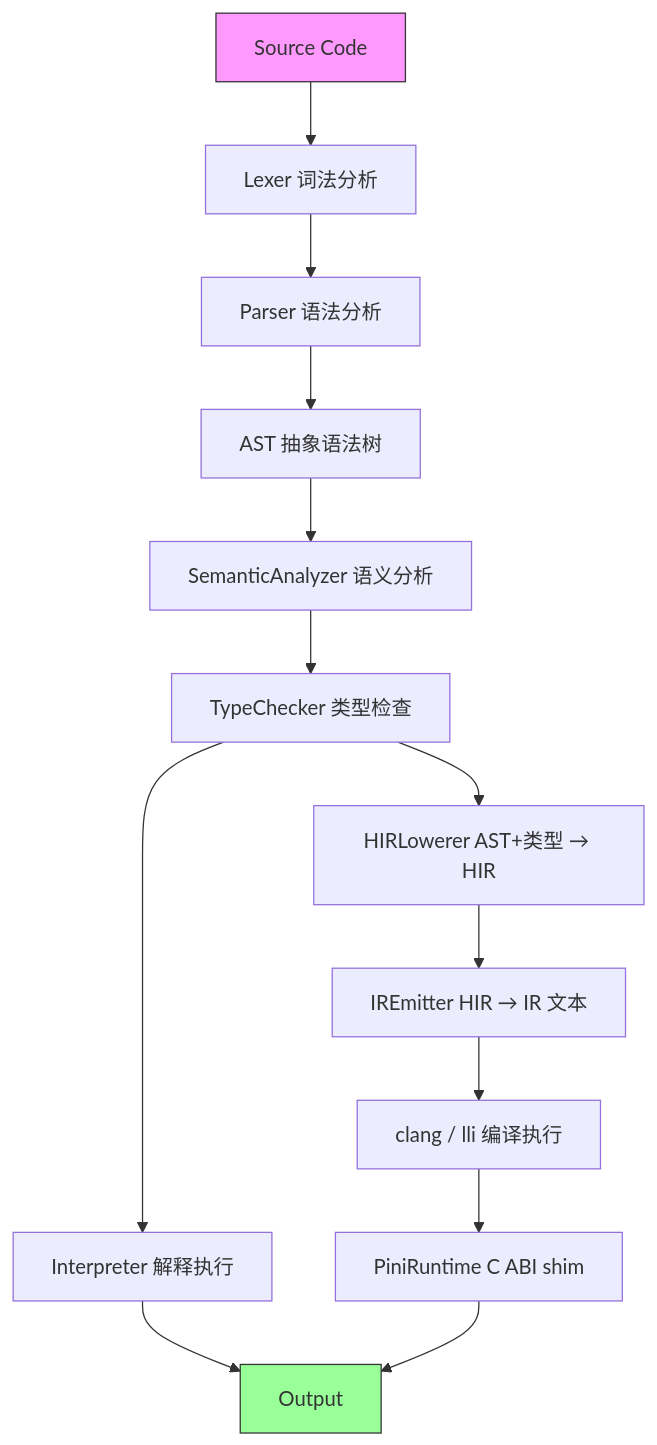
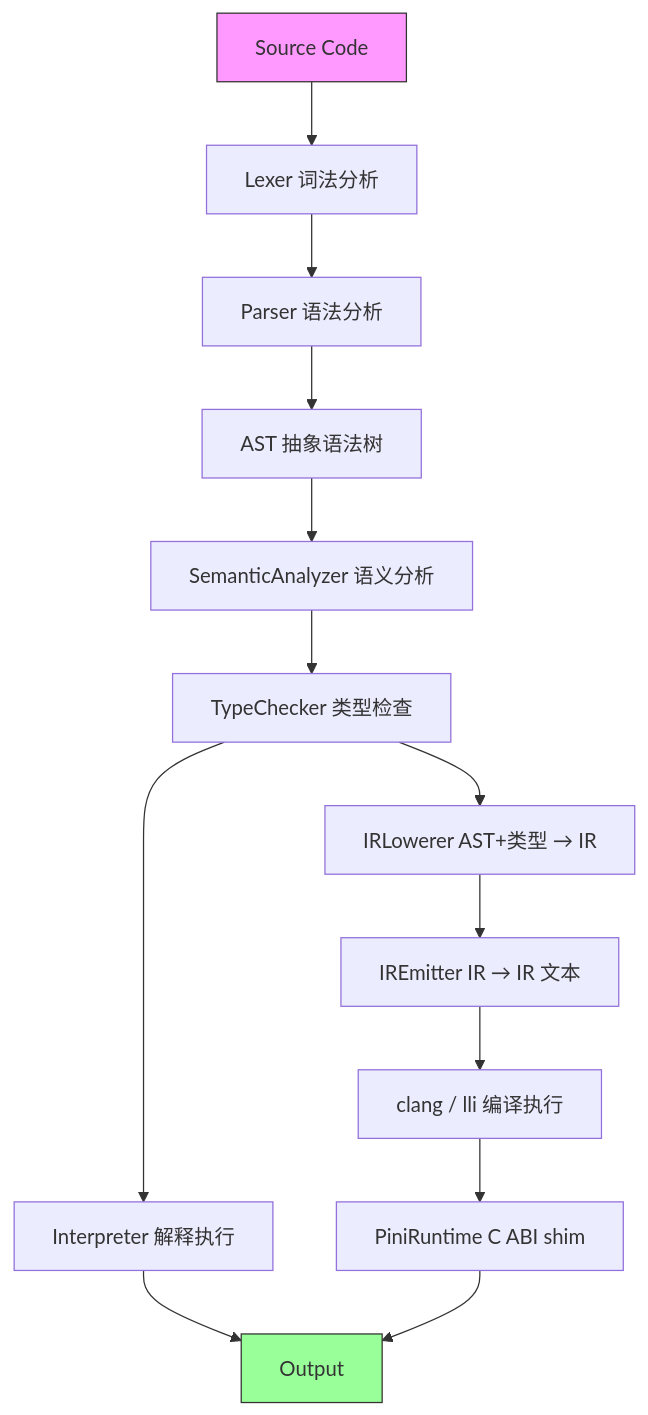
Before and after one commit to pini-lang/pini-swift: the diagram in README.md, drawn with Mermaid. The commit also changed other lines of this file and 61 other files, not shown here.

````diff
--- a/README.md
+++ b/README.md
@@ -249,19 +249,19 @@
 ```mermaid
 graph TD
     A[Source Code] --> B[Lexer 词法分析]
     B --> C[Parser 语法分析]
     C --> D[AST 抽象语法树]
     D --> E[SemanticAnalyzer 语义分析]
     E --> F[TypeChecker 类型检查]
     F --> G[Interpreter 解释执行]
     G --> H[Output]
 
-    F --> HIR[HIRLowerer AST+类型 → HIR]
-    HIR --> I[IREmitter HIR → IR 文本]
+    F --> IR[IRLowerer AST+类型 → IR]
+    IR --> I[IREmitter IR → IR 文本]
     I --> J[clang / lli 编译执行]
     J --> K[PiniRuntime C ABI shim]
     K --> H
 
     style A fill:#f9f,stroke:#333
     style H fill:#9f9,stroke:#333
 ```
````
